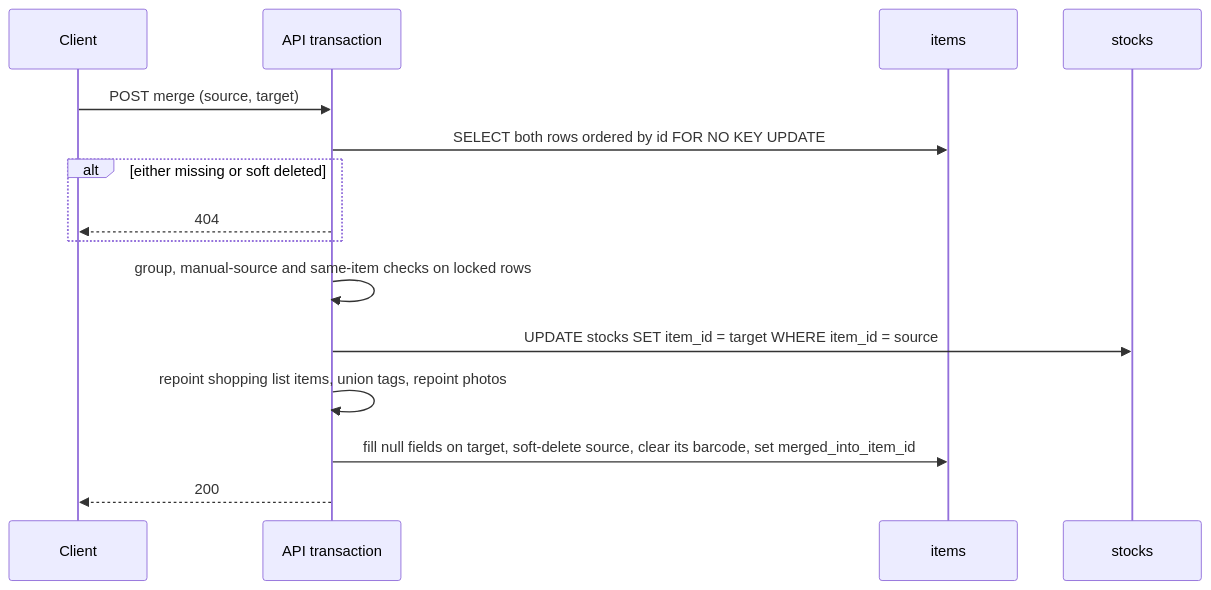
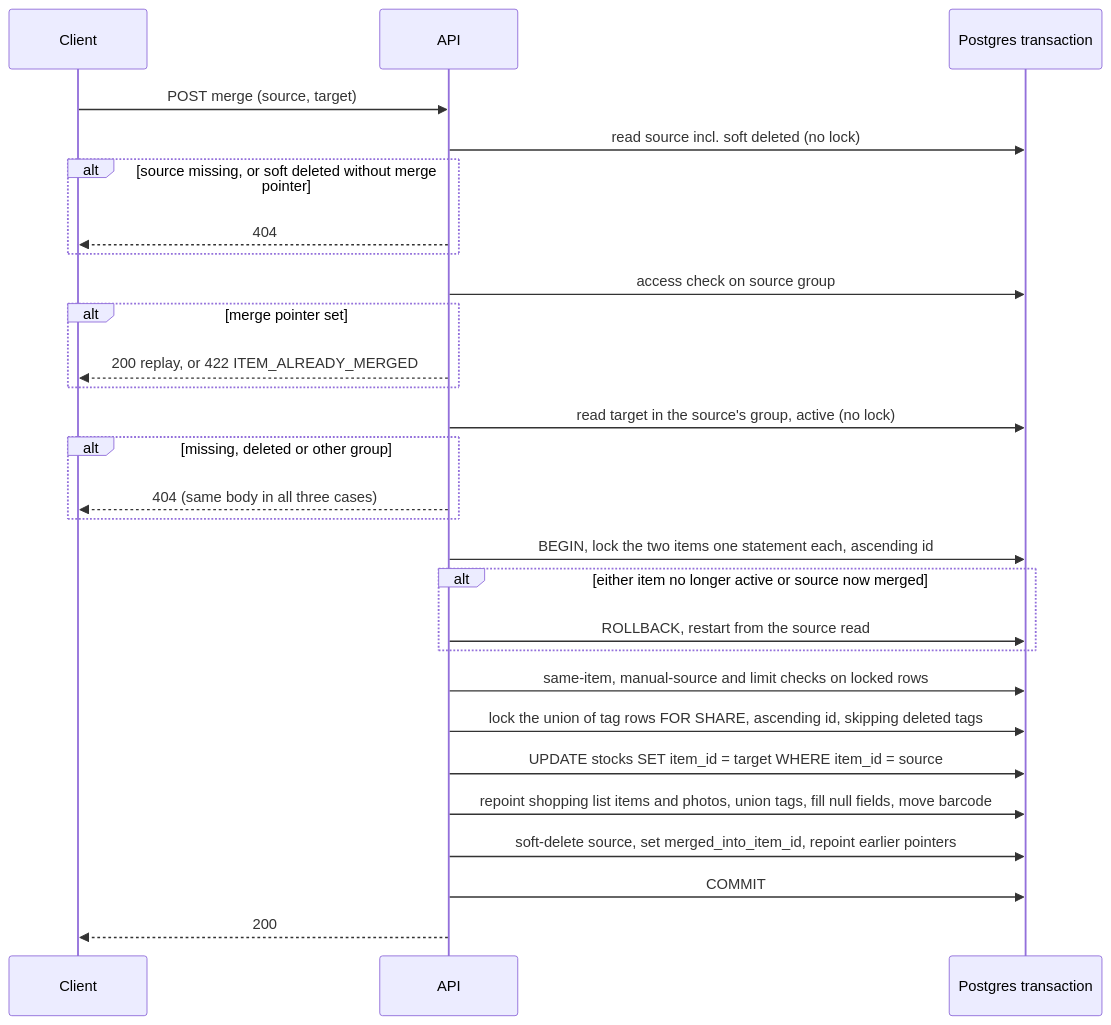
Before and after one commit to TakashiAihara/prep-hamster: the diagram in docs/design/item-merge.md, drawn with Mermaid. The commit also changed other lines of this file and 3 other files, not shown here.

````diff
--- a/docs/design/item-merge.md
+++ b/docs/design/item-merge.md
@@ -85,17 +90,30 @@
 ```mermaid
 sequenceDiagram
   participant C as Client
-  participant A as API transaction
-  participant I as items
-  participant S as stocks
+  participant A as API
+  participant D as Postgres transaction
   C->>A: POST merge (source, target)
-  A->>I: SELECT both rows ordered by id FOR NO KEY UPDATE
-  alt either missing or soft deleted
+  A->>D: read source incl. soft deleted (no lock)
+  alt source missing, or soft deleted without merge pointer
     A-->>C: 404
   end
-  A->>A: group, manual-source and same-item checks on locked rows
-  A->>S: UPDATE stocks SET item_id = target WHERE item_id = source
-  A->>A: repoint shopping list items, union tags, repoint photos
-  A->>I: fill null fields on target, soft-delete source, clear its barcode, set merged_into_item_id
+  A->>D: access check on source group
+  alt merge pointer set
+    A-->>C: 200 replay, or 422 ITEM_ALREADY_MERGED
+  end
+  A->>D: read target in the source's group, active (no lock)
+  alt missing, deleted or other group
+    A-->>C: 404 (same body in all three cases)
+  end
+  A->>D: BEGIN, lock the two items one statement each, ascending id
+  alt either item no longer active or source now merged
+    A->>D: ROLLBACK, restart from the source read
+  end
+  A->>D: same-item, manual-source and limit checks on locked rows
+  A->>D: lock the union of tag rows FOR SHARE, ascending id, skipping deleted tags
+  A->>D: UPDATE stocks SET item_id = target WHERE item_id = source
+  A->>D: repoint shopping list items and photos, union tags, fill null fields, move barcode
+  A->>D: soft-delete source, set merged_into_item_id, repoint earlier pointers
+  A->>D: COMMIT
   A-->>C: 200
 ```
````
